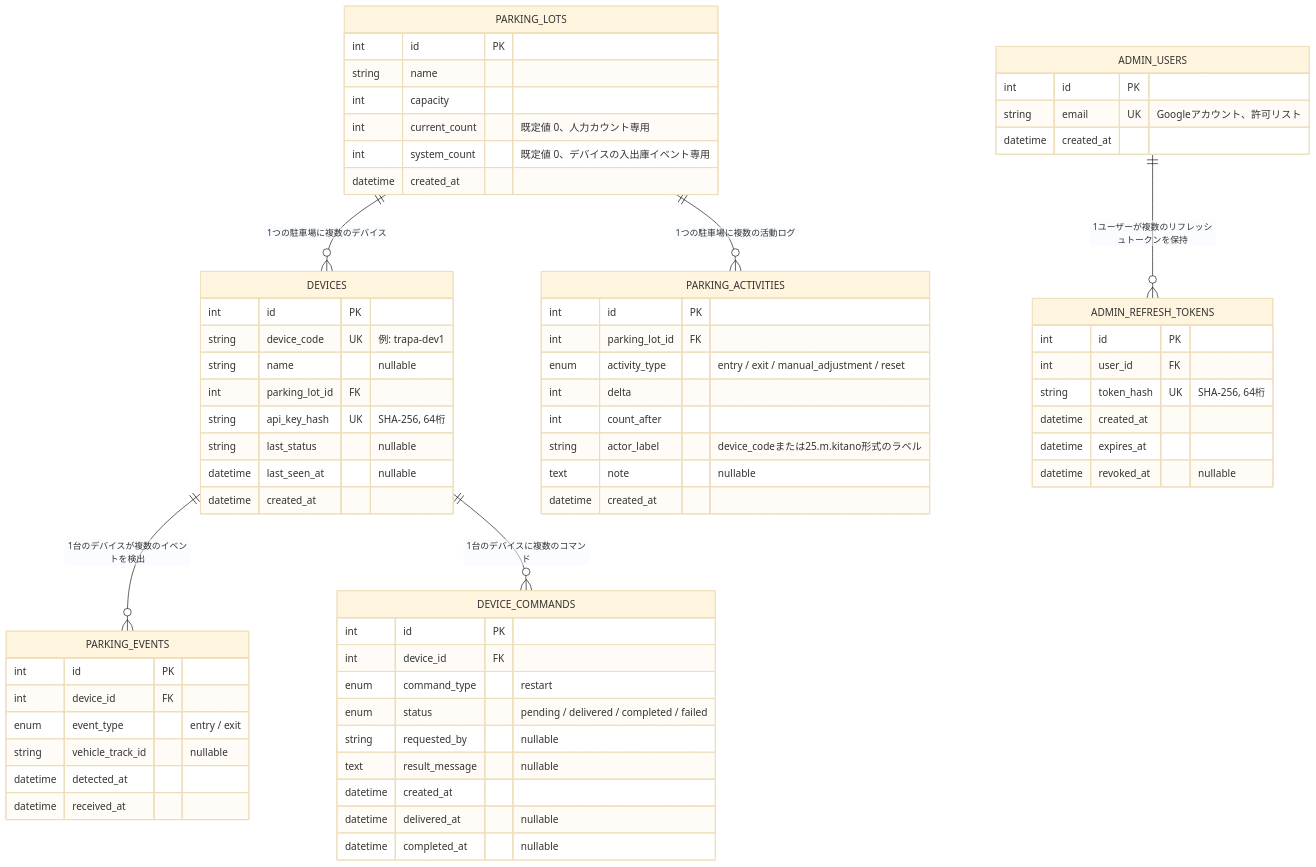
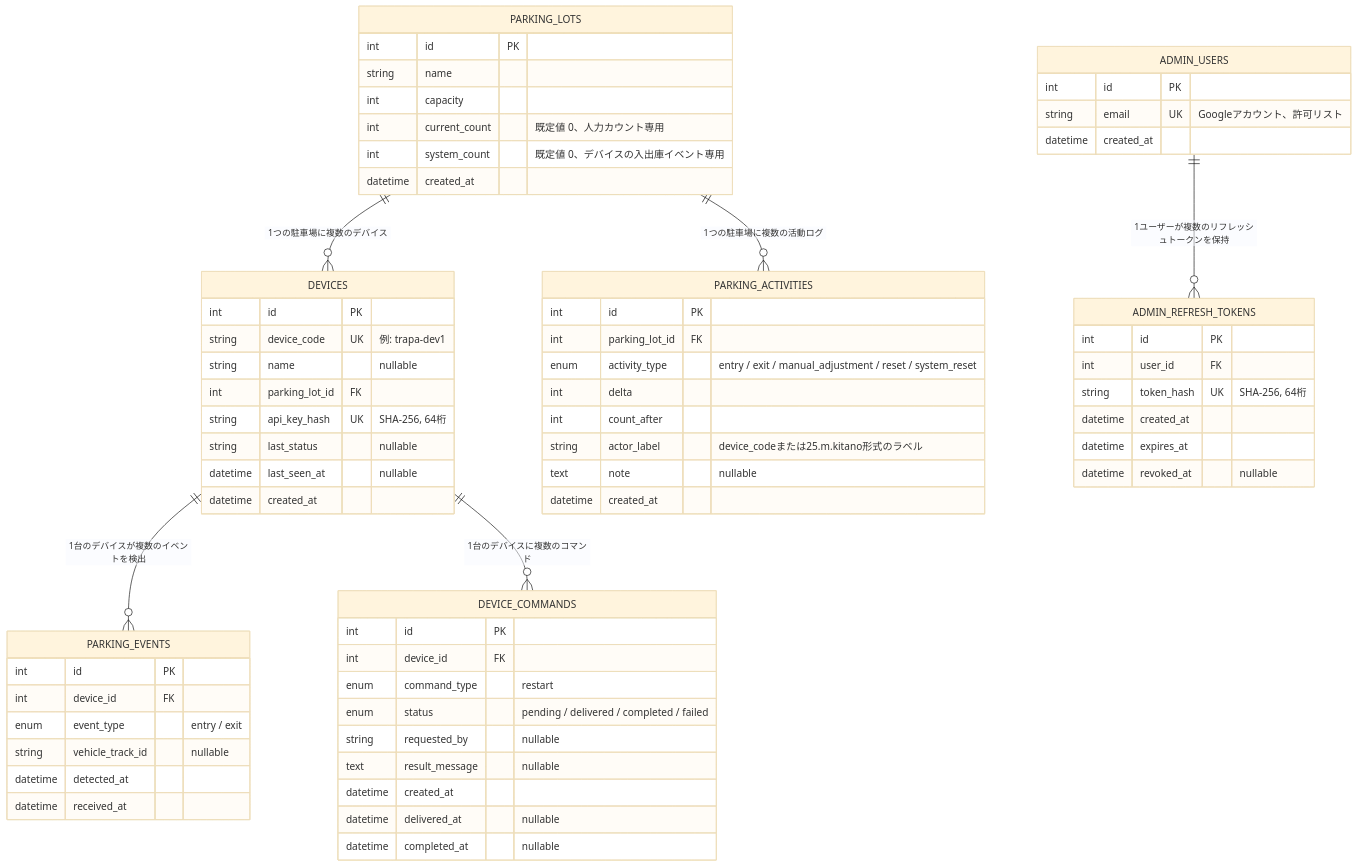
The diagram in docs/db-schema.md (NUTFes/tracking-parking-api), drawn with Mermaid (base theme) before and after one commit. The commit also changed other lines of this file and 7 other files, not shown here.

First line of the commit message:
Support resetting system_count, plus a reset-all-lots operation

````diff
--- a/docs/db-schema.md
+++ b/docs/db-schema.md
@@ -9,69 +9,69 @@
 ```mermaid
 erDiagram
     PARKING_LOTS ||--o{ DEVICES : "1つの駐車場に複数のデバイス"
     PARKING_LOTS ||--o{ PARKING_ACTIVITIES : "1つの駐車場に複数の活動ログ"
     DEVICES ||--o{ PARKING_EVENTS : "1台のデバイスが複数のイベントを検出"
     DEVICES ||--o{ DEVICE_COMMANDS : "1台のデバイスに複数のコマンド"
     ADMIN_USERS ||--o{ ADMIN_REFRESH_TOKENS : "1ユーザーが複数のリフレッシュトークンを保持"
 
     PARKING_LOTS {
         int id PK
         string name
         int capacity
         int current_count "既定値 0、人力カウント専用"
         int system_count "既定値 0、デバイスの入出庫イベント専用"
         datetime created_at
     }
     DEVICES {
         int id PK
         string device_code UK "例: trapa-dev1"
         string name "nullable"
         int parking_lot_id FK
         string api_key_hash UK "SHA-256, 64桁"
         string last_status "nullable"
         datetime last_seen_at "nullable"
         datetime created_at
     }
     PARKING_EVENTS {
         int id PK
         int device_id FK
         enum event_type "entry / exit"
         string vehicle_track_id "nullable"
         datetime detected_at
         datetime received_at
     }
     DEVICE_COMMANDS {
         int id PK
         int device_id FK
         enum command_type "restart"
         enum status "pending / delivered / completed / failed"
         string requested_by "nullable"
         text result_message "nullable"
         datetime created_at
         datetime delivered_at "nullable"
         datetime completed_at "nullable"
     }
     PARKING_ACTIVITIES {
         int id PK
         int parking_lot_id FK
-        enum activity_type "entry / exit / manual_adjustment / reset"
+        enum activity_type "entry / exit / manual_adjustment / reset / system_reset"
         int delta
         int count_after
         string actor_label "device_codeまたは25.m.kitano形式のラベル"
         text note "nullable"
         datetime created_at
     }
     ADMIN_USERS {
         int id PK
         string email UK "Googleアカウント、許可リスト"
         datetime created_at
     }
     ADMIN_REFRESH_TOKENS {
         int id PK
         int user_id FK
         string token_hash UK "SHA-256, 64桁"
         datetime created_at
         datetime expires_at
         datetime revoked_at "nullable"
     }
 ```
````
